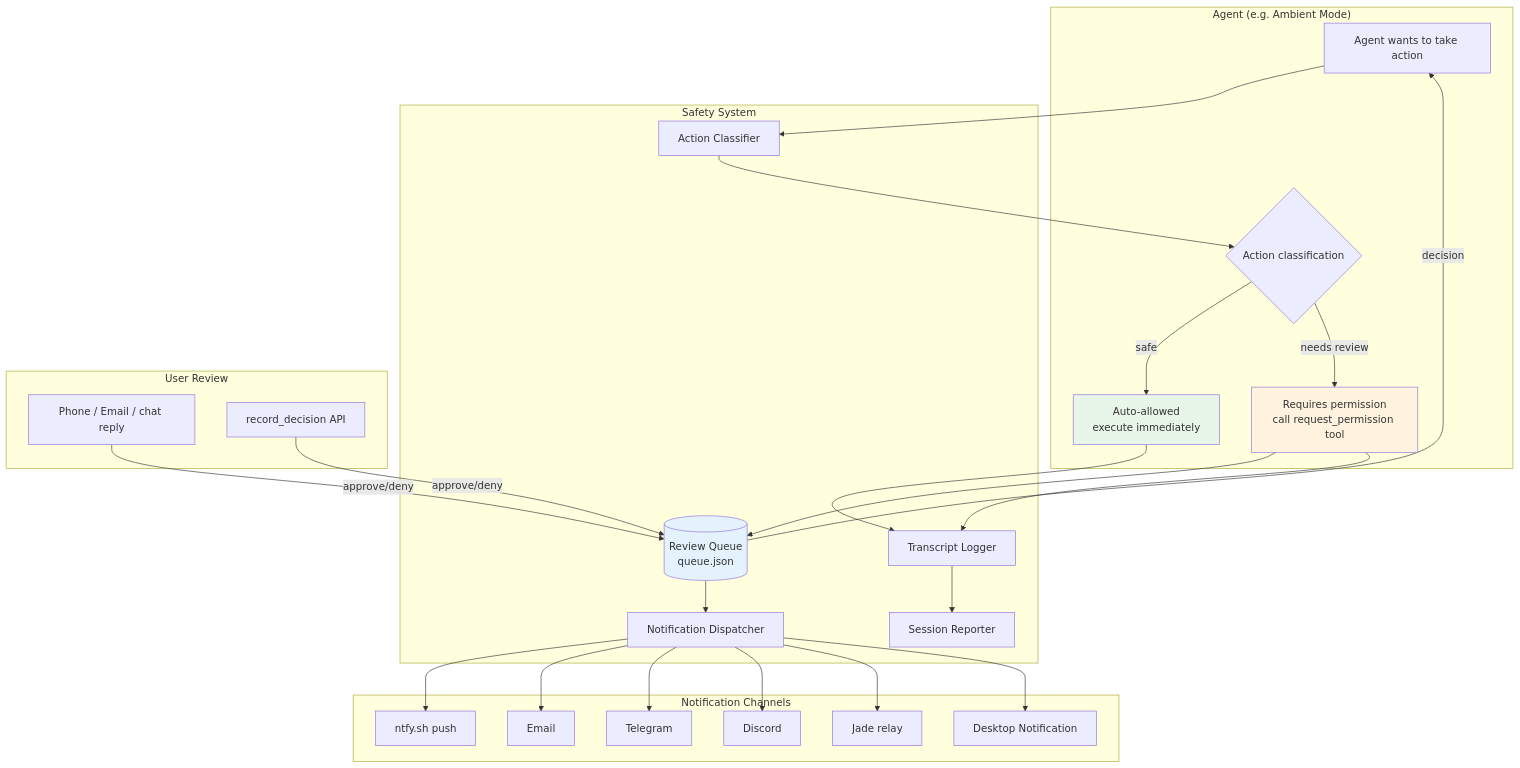
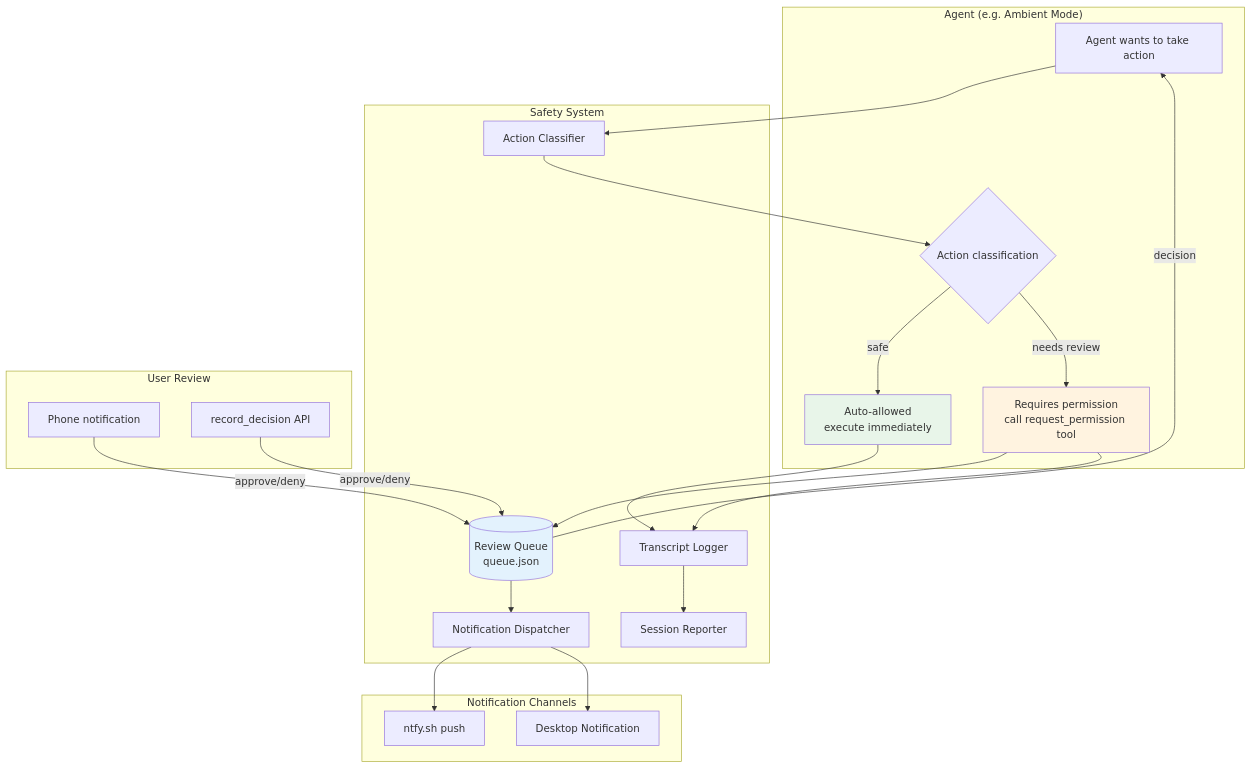
One commit to horon-ai/agent changed the first of 3 diagrams in docs/safety/SAFETY.md. Above: the diagram before and after it, drawn with Mermaid. The commit also changed other lines of this file and 36 other files, not shown here.

Commit message:
refactor(notifications): remove messenger channels, email, and jade relay

````diff
--- a/docs/safety/SAFETY.md
+++ b/docs/safety/SAFETY.md
@@ -28,57 +28,49 @@
 ```mermaid
 graph TB
     subgraph "Agent (e.g. Ambient Mode)"
         A[Agent wants to take action]
         AC{Action classification}
         AUTO[Auto-allowed<br/>execute immediately]
         PERM[Requires permission<br/>call request_permission tool]
     end
 
     subgraph "Safety System"
         RQ[(Review Queue<br/>queue.json)]
         CL[Action Classifier]
         NF[Notification Dispatcher]
         TL[Transcript Logger]
         SR[Session Reporter]
     end
 
     subgraph "Notification Channels"
         NT[ntfy.sh push]
-        EM[Email]
-        TG[Telegram]
-        DC[Discord]
-        JR[Jade relay]
         DN[Desktop Notification]
     end
 
     subgraph "User Review"
-        PH[Phone / Email / chat reply]
+        PH[Phone notification]
         API[record_decision API]
     end
 
     A --> CL
     CL --> AC
     AC -->|safe| AUTO
     AC -->|needs review| PERM
 
     PERM --> RQ
     RQ --> NF
     NF --> NT
-    NF --> EM
-    NF --> TG
-    NF --> DC
-    NF --> JR
     NF --> DN
 
     PH -->|approve/deny| RQ
     API -->|approve/deny| RQ
     RQ -->|decision| A
 
     AUTO --> TL
     PERM --> TL
     TL --> SR
 
     style AUTO fill:#e8f5e9
     style PERM fill:#fff3e0
     style RQ fill:#e3f2fd
 ```
````
